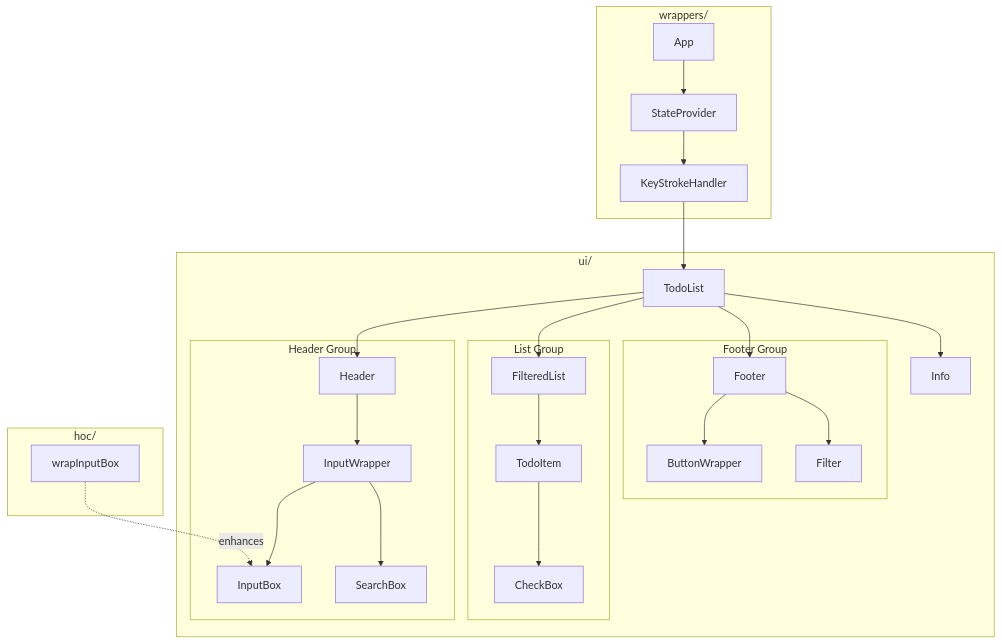
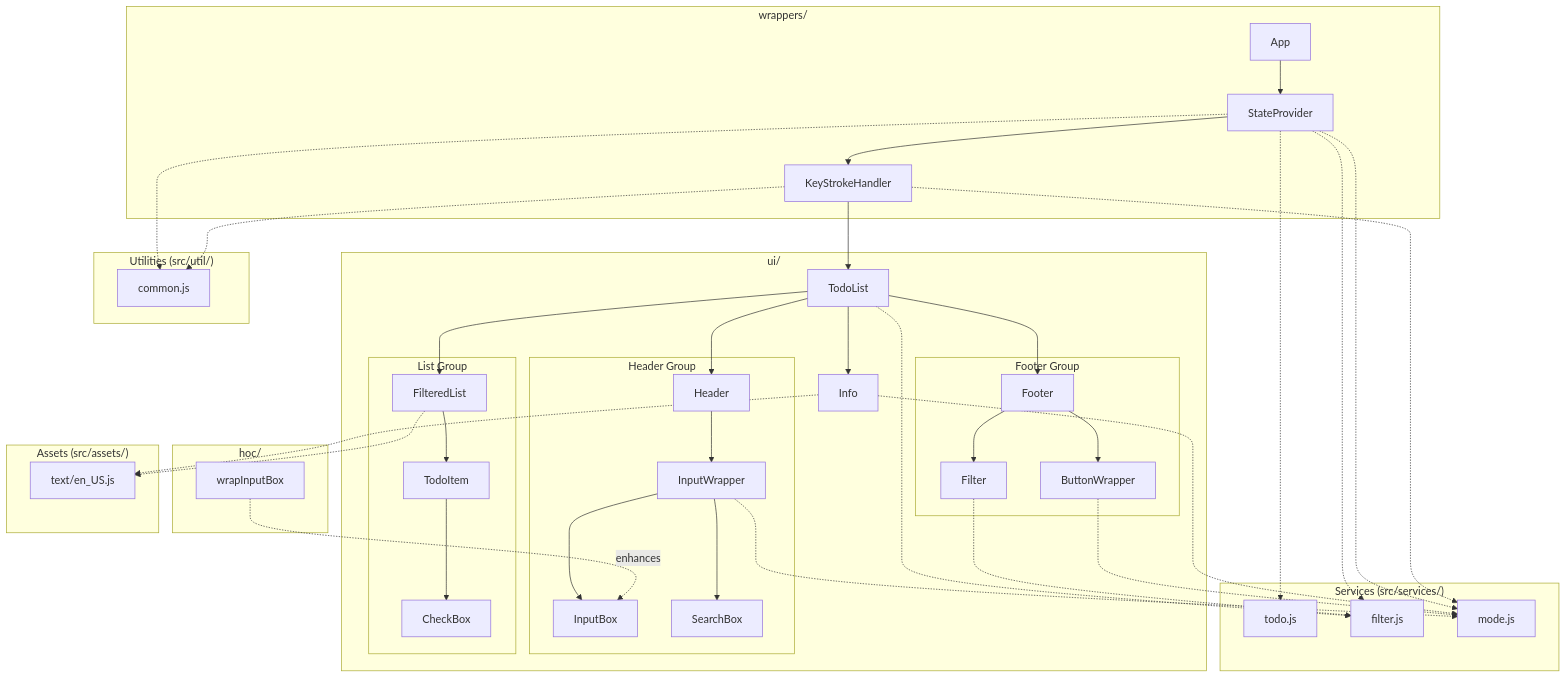
The first of 2 diagrams in src/components/README.md (hardik-blitzy/react-todo-app), drawn with Mermaid before and after one commit. The commit also changed other lines of this file, not shown here.

First line of the commit message:
Enhance src/components/README.md with comprehensive component layer documentation

````diff
--- a/src/components/README.md
+++ b/src/components/README.md
@@ -17,54 +25,84 @@
         SP["StateProvider"]
         KSH["KeyStrokeHandler"]
     end
-    
+
     subgraph ui["ui/"]
         TL["TodoList"]
-        
+
         subgraph header_group["Header Group"]
             HDR["Header"]
             IW["InputWrapper"]
             IB["InputBox"]
             SB["SearchBox"]
         end
-        
+
         subgraph list_group["List Group"]
             FL["FilteredList"]
             TI["TodoItem"]
             CB["CheckBox"]
         end
-        
+
         subgraph footer_group["Footer Group"]
             FTR["Footer"]
             BW["ButtonWrapper"]
             FLT["Filter"]
         end
-        
+
         INFO["Info"]
     end
-    
+
     subgraph hoc["hoc/"]
         HOC["wrapInputBox"]
     end
-    
+
+    subgraph services["Services (src/services/)"]
+        TODO_SVC["todo.js"]
+        FILTER_SVC["filter.js"]
+        MODE_SVC["mode.js"]
+    end
+
+    subgraph utilities["Utilities (src/util/)"]
+        COMMON["common.js"]
+    end
+
+    subgraph assets["Assets (src/assets/)"]
+        LOCALE["text/en_US.js"]
+    end
+
     APP --> SP
     SP --> KSH
     KSH --> TL
-    
+
     TL --> HDR
     TL --> FL
     TL --> FTR
     TL --> INFO
-    
+
     HDR --> IW
     IW --> IB
     IW --> SB
-    
+
     FL --> TI
     TI --> CB
-    
+
     FTR --> BW
     FTR --> FLT
-    
+
     HOC -.->|enhances| IB
+
+    SP -.-> TODO_SVC
+    SP -.-> FILTER_SVC
+    SP -.-> MODE_SVC
+    KSH -.-> MODE_SVC
+    TL -.-> FILTER_SVC
+    IW -.-> MODE_SVC
+    BW -.-> MODE_SVC
+    FLT -.-> FILTER_SVC
+    INFO -.-> MODE_SVC
+
+    SP -.-> COMMON
+    KSH -.-> COMMON
+
+    FL -.-> LOCALE
+    INFO -.-> LOCALE
 ```
````
